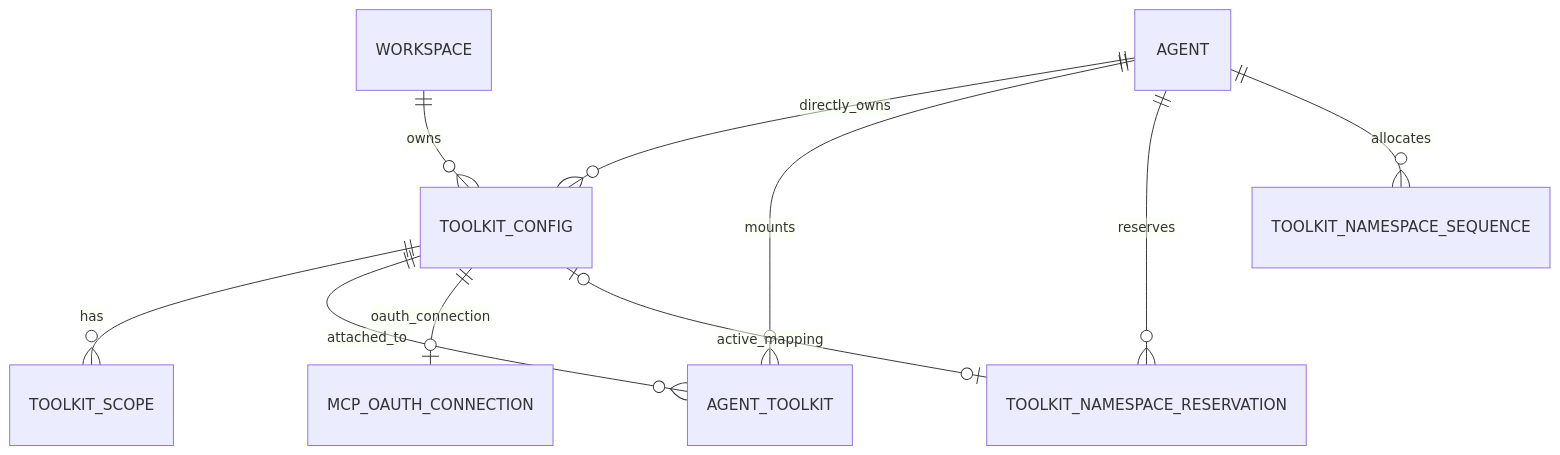
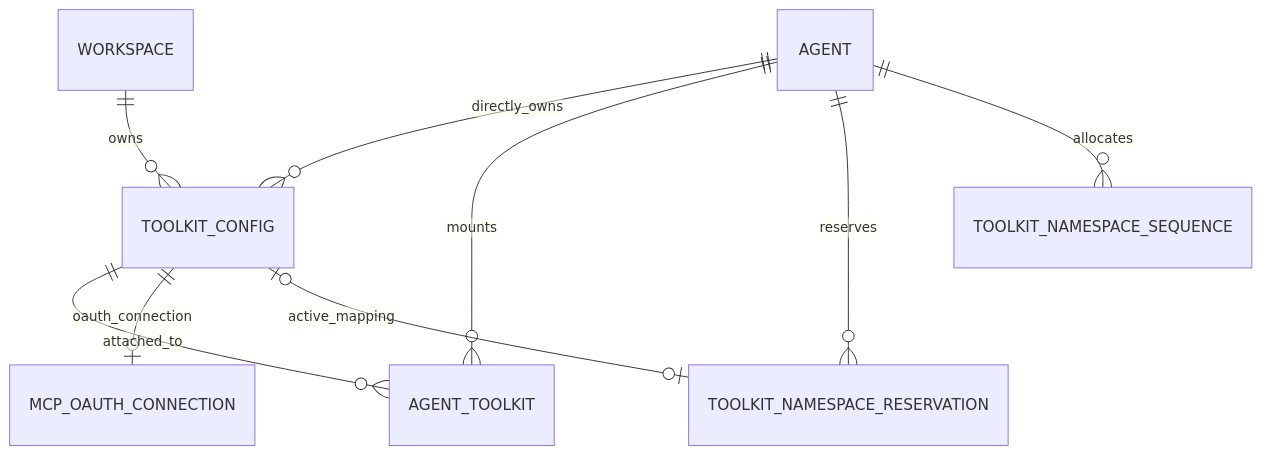
The first of 4 diagrams in docs/azents/spec/domain/toolkit.md (azents/azents), drawn with Mermaid before and after one commit. The commit also changed other lines of this file and 50 other files, not shown here.

````diff
--- a/docs/azents/spec/domain/toolkit.md
+++ b/docs/azents/spec/domain/toolkit.md
@@ -232,12 +232,11 @@
 ```mermaid
 erDiagram
     WORKSPACE ||--o{ TOOLKIT_CONFIG : owns
     AGENT ||--o{ TOOLKIT_CONFIG : directly_owns
-    TOOLKIT_CONFIG ||--o{ TOOLKIT_SCOPE : has
     TOOLKIT_CONFIG ||--o{ AGENT_TOOLKIT : attached_to
     TOOLKIT_CONFIG ||--o| MCP_OAUTH_CONNECTION : oauth_connection
     AGENT ||--o{ AGENT_TOOLKIT : mounts
     AGENT ||--o{ TOOLKIT_NAMESPACE_RESERVATION : reserves
     AGENT ||--o{ TOOLKIT_NAMESPACE_SEQUENCE : allocates
     TOOLKIT_CONFIG o|--o| TOOLKIT_NAMESPACE_RESERVATION : active_mapping
 ```
````
